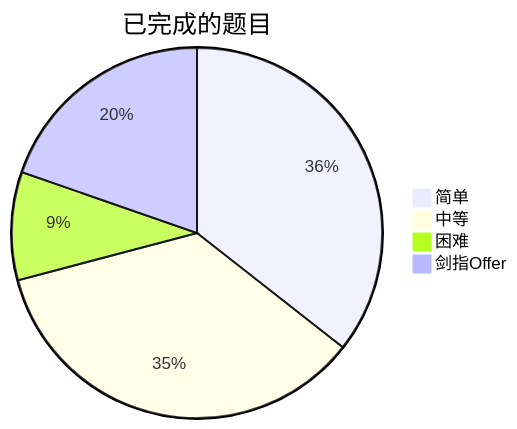
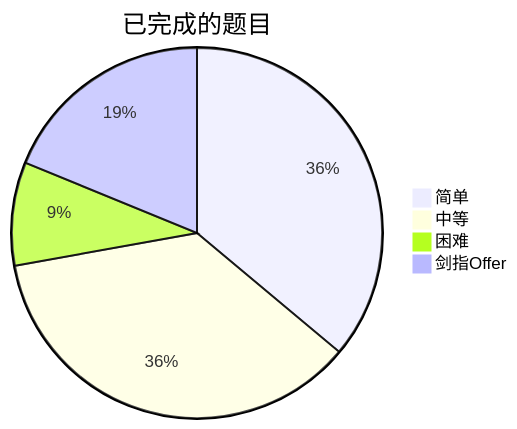
Before and after one commit to kaisa911/LeetCode: the diagram in README.md, drawn with Mermaid. The commit also changed other lines of this file and 18 other files, not shown here.

````diff
--- a/README.md
+++ b/README.md
@@ -9,7 +9,7 @@
 ```mermaid
 pie title 已完成的题目
-    "简单" : 132
-    "中等" : 131
+    "简单" : 140
+    "中等" : 140
     "困难" : 35
     "剑指Offer" : 73
 ```
````
